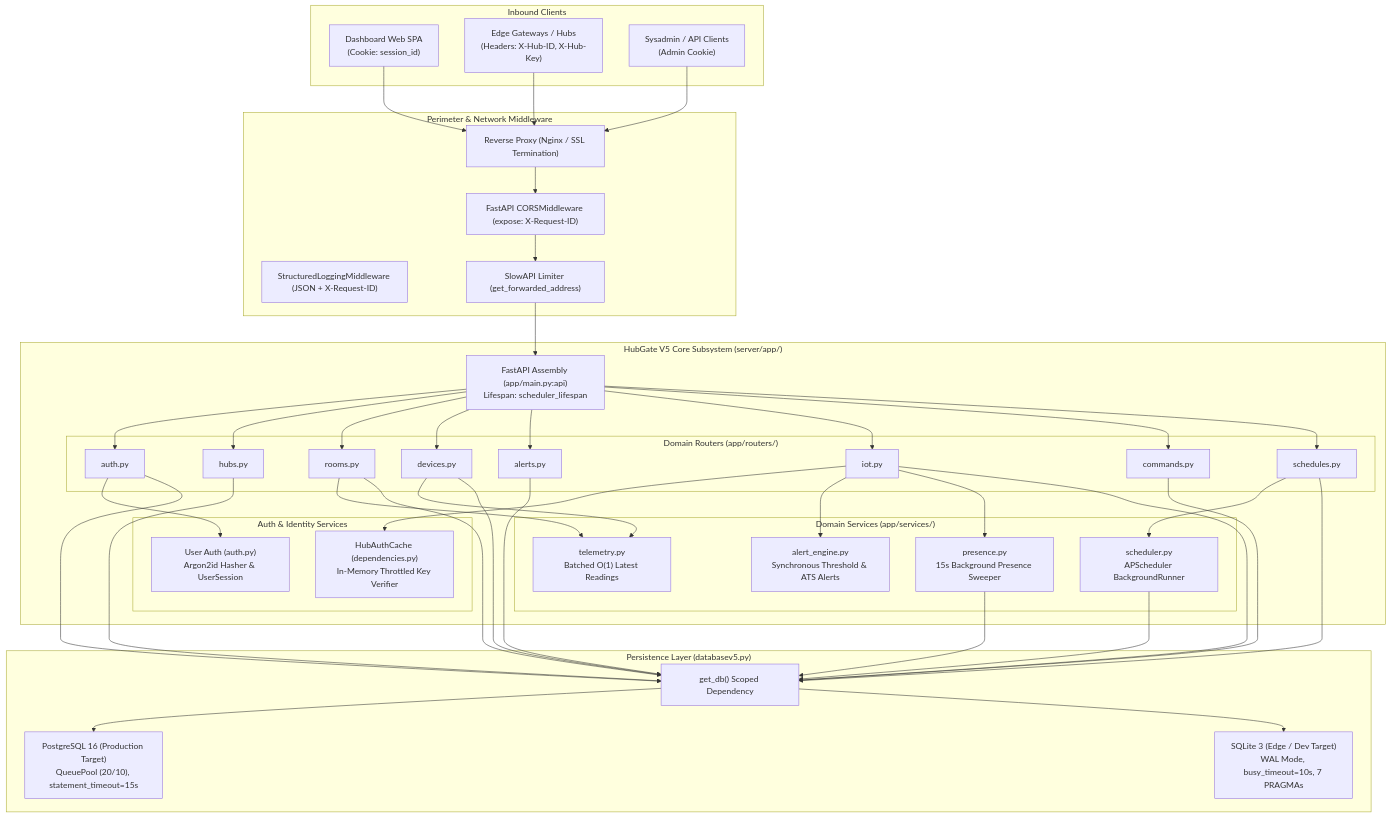
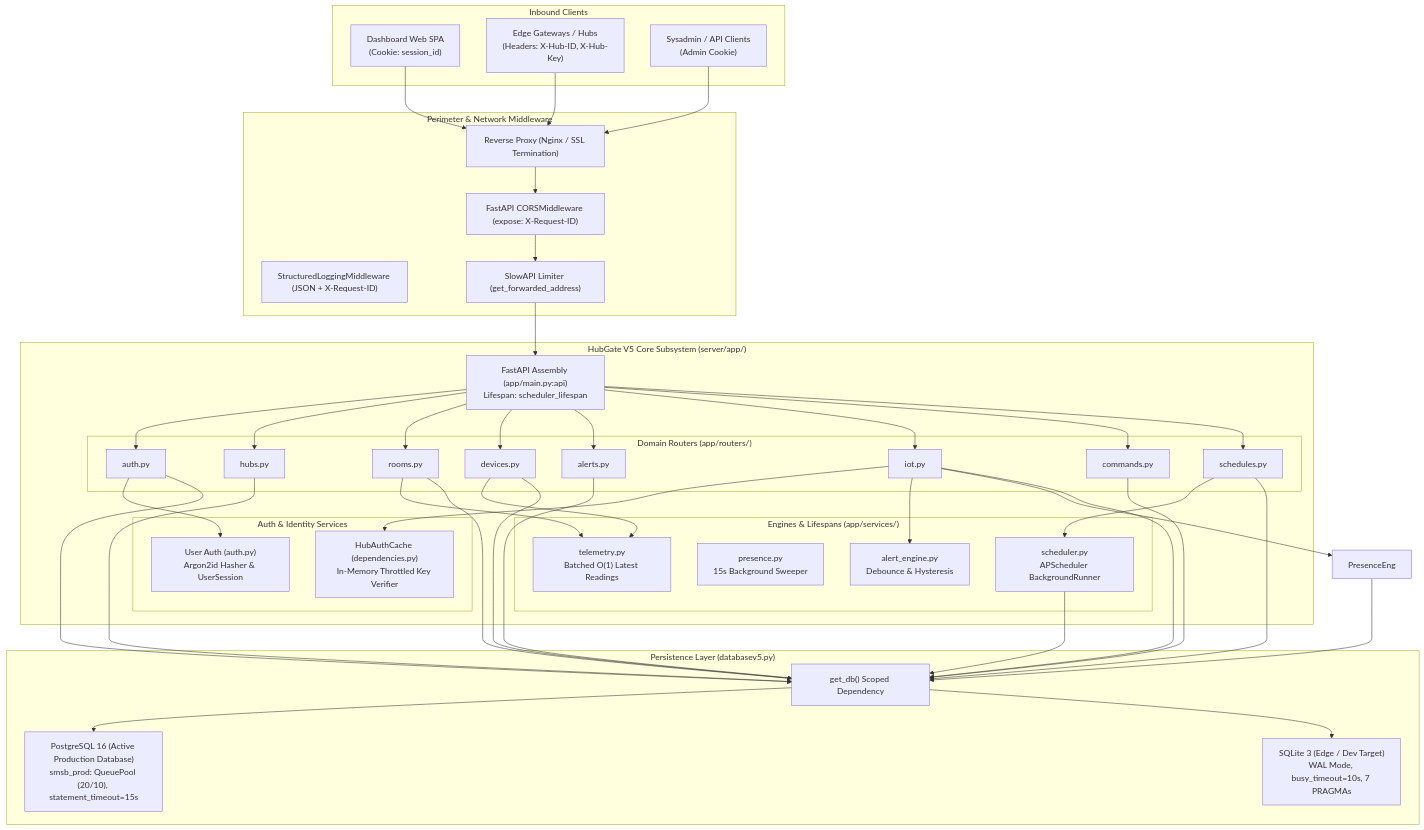
The first of 2 diagrams in wiki/entity-hubgate-v5.md (mochmizan/proyek-monitoring-dtedi), drawn with Mermaid before and after one commit. The commit also changed other lines of this file and 16 other files, not shown here.

```diff
--- a/wiki/entity-hubgate-v5.md
+++ b/wiki/entity-hubgate-v5.md
@@ -44,9 +44,9 @@
             HubCache["HubAuthCache (dependencies.py)<br/>In-Memory Throttled Key Verifier"]
         end
 
-        subgraph "Domain Services (app/services/)"
-            AlertEng["alert_engine.py<br/>Synchronous Threshold & ATS Alerts"]
-            PresenceEng["presence.py<br/>15s Background Presence Sweeper"]
+        subgraph "Engines & Lifespans (app/services/)"
+            AlertEng["alert_engine.py<br/>Debounce & Hysteresis"]
+            PresEng["presence.py<br/>15s Background Sweeper"]
             SchedEng["scheduler.py<br/>APScheduler BackgroundRunner"]
             TelemSvc["telemetry.py<br/>Batched O(1) Latest Readings"]
         end
@@ -54,7 +54,7 @@
 
     subgraph "Persistence Layer (databasev5.py)"
         SessionDep["get_db() Scoped Dependency"]
-        PG["PostgreSQL 16 (Production Target)<br/>QueuePool (20/10), statement_timeout=15s"]
+        PG["PostgreSQL 16 (Active Production Database)<br/>smsb_prod: QueuePool (20/10), statement_timeout=15s"]
         SQLite["SQLite 3 (Edge / Dev Target)<br/>WAL Mode, busy_timeout=10s, 7 PRAGMAs"]
     end
 
```
